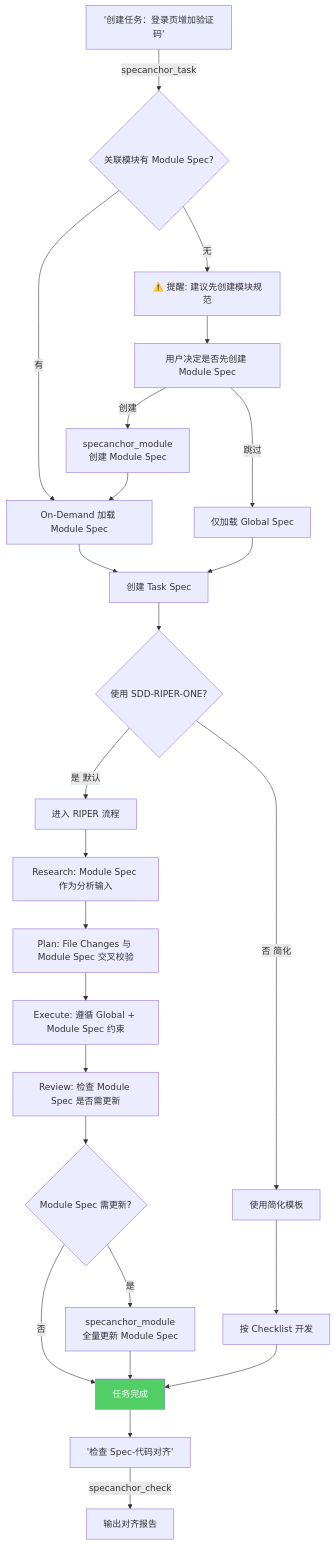
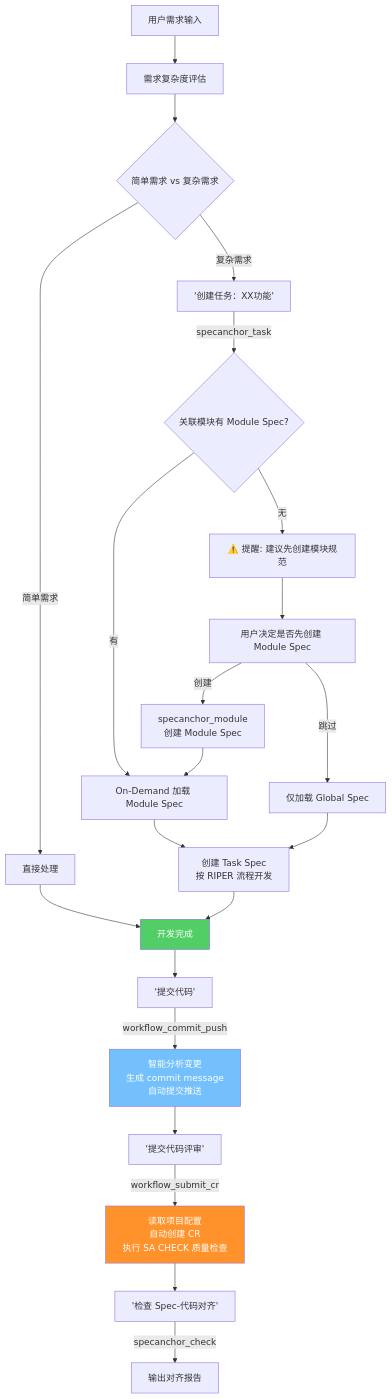
The fifth of 10 diagrams in FLOWCHART.md (linziyanleo/spec-anchor), drawn with Mermaid before and after one commit. The commit also changed other lines of this file and 8 other files, not shown here.

````diff
--- a/FLOWCHART.md
+++ b/FLOWCHART.md
@@ -65,34 +105,34 @@
 ```mermaid
 flowchart TD
-    A["'创建任务：登录页增加验证码'"] -->|specanchor_task| B{关联模块有 Module Spec?}
-    B -->|有| C[On-Demand 加载 Module Spec]
-    B -->|无| D["⚠️ 提醒: 建议先创建模块规范"]
-    D --> D2[用户决定是否先创建 Module Spec]
-    D2 -->|创建| M["specanchor_module<br/>创建 Module Spec"]
-    M --> C
-    D2 -->|跳过| C2[仅加载 Global Spec]
+    A["用户需求输入"] --> B[需求复杂度评估]
+    B --> C{简单需求 vs 复杂需求}
 
-    C --> E[创建 Task Spec]
-    C2 --> E
-    E --> F{使用 SDD-RIPER-ONE?}
-    F -->|是 默认| G[进入 RIPER 流程]
-    F -->|否 简化| H[使用简化模板]
+    C -->|简单需求| D[直接处理]
+    C -->|复杂需求| E["'创建任务：XX功能'"]
 
-    G --> G1[Research: Module Spec 作为分析输入]
-    G1 --> G2[Plan: File Changes 与 Module Spec 交叉校验]
-    G2 --> G3[Execute: 遵循 Global + Module Spec 约束]
-    G3 --> G4[Review: 检查 Module Spec 是否需更新]
+    E -->|specanchor_task| F{关联模块有 Module Spec?}
+    F -->|有| G[On-Demand 加载 Module Spec]
+    F -->|无| H["⚠️ 提醒: 建议先创建模块规范"]
+    H --> H2[用户决定是否先创建 Module Spec]
+    H2 -->|创建| M["specanchor_module<br/>创建 Module Spec"]
+    M --> G
+    H2 -->|跳过| G2[仅加载 Global Spec]
 
-    H --> I[按 Checklist 开发]
+    G --> I[创建 Task Spec<br/>按 RIPER 流程开发]
+    G2 --> I
+    D --> J[开发完成]
+    I --> J
 
-    G4 --> J{Module Spec 需更新?}
-    J -->|是| K["specanchor_module<br/>全量更新 Module Spec"]
-    J -->|否| L[任务完成]
-    K --> L
-    I --> L
+    J --> K["'提交代码'"]
+    K -->|workflow_commit_push| L[智能分析变更<br/>生成 commit message<br/>自动提交推送]
 
-    L --> N["'检查 Spec-代码对齐'"]
-    N -->|specanchor_check| O[输出对齐报告]
+    L --> N["'提交代码评审'"]
+    N -->|workflow_submit_cr| O[读取项目配置<br/>自动创建 CR<br/>执行 SA CHECK 质量检查]
 
-    style L fill:#51cf66,color:#fff
+    O --> P["'检查 Spec-代码对齐'"]
+    P -->|specanchor_check| Q[输出对齐报告]
+
+    style J fill:#51cf66,color:#fff
+    style L fill:#74c0fc,color:#fff
+    style O fill:#ff922b,color:#fff
 ```
````
